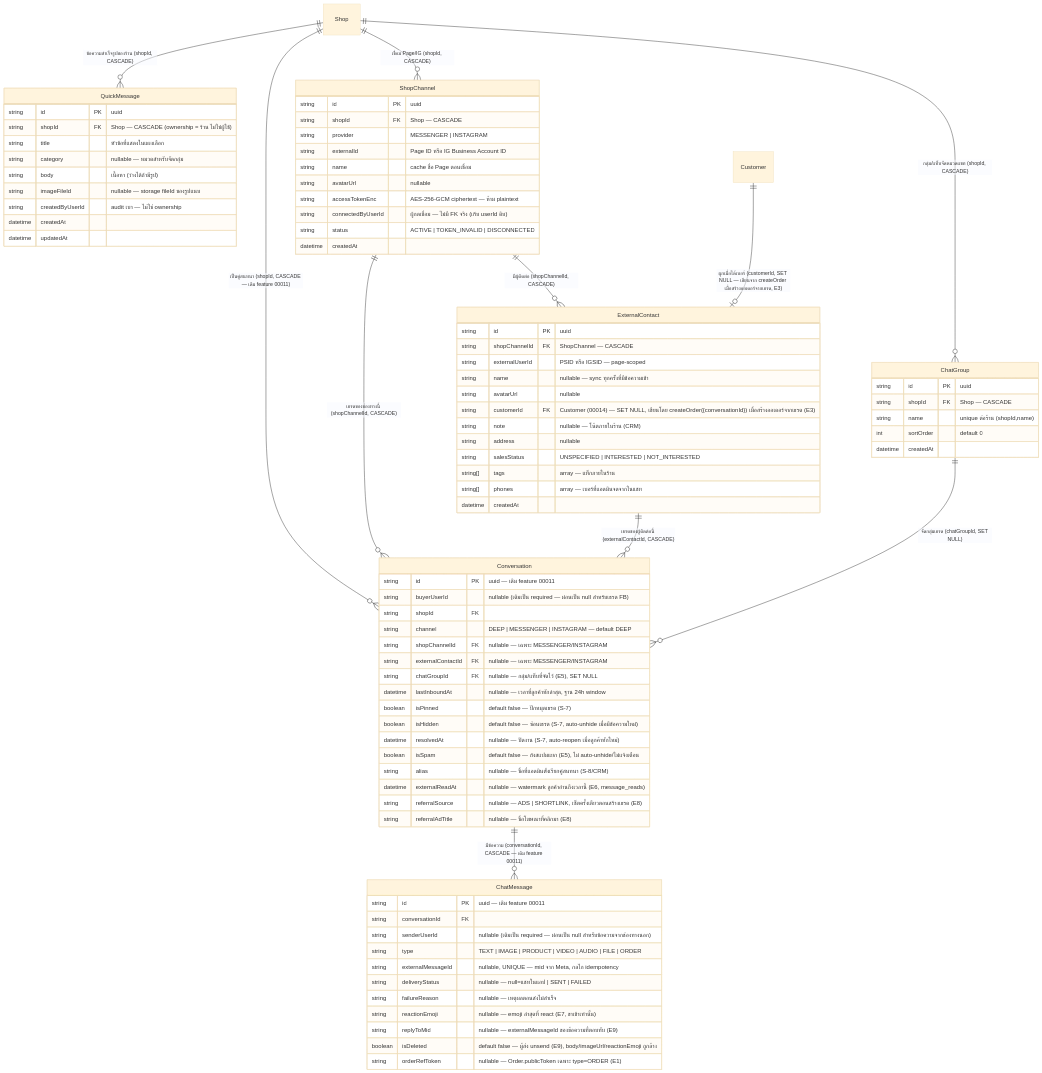
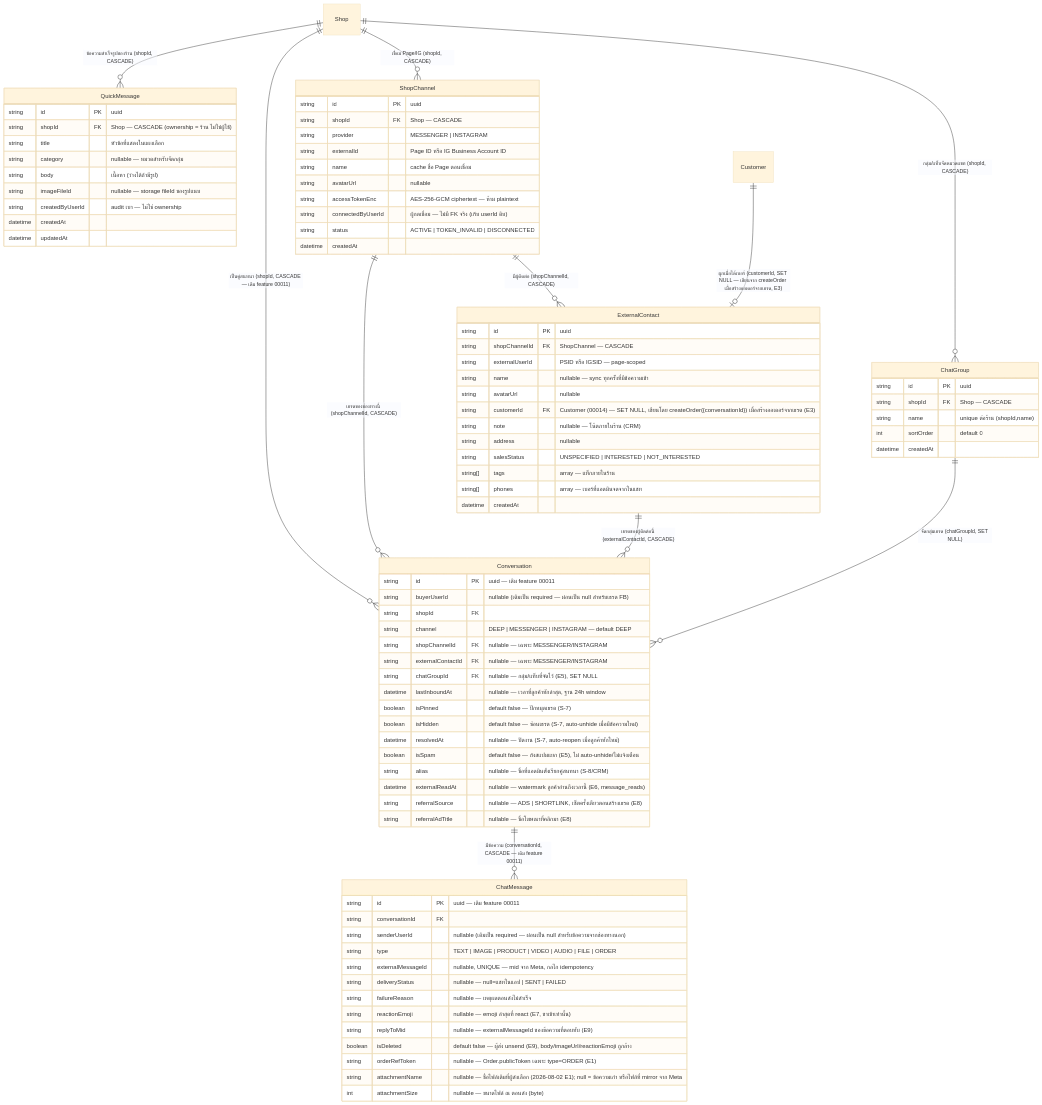
The diagram in docs/20 - Features/00018 - Facebook Chat Integration/DATABASE.md (CodeCooLTH/deep-web), drawn with Mermaid (base theme) before and after one commit. The commit also changed other lines of this file and 6 other files, not shown here.

````diff
--- a/docs/20 - Features/00018 - Facebook Chat Integration/DATABASE.md
+++ b/docs/20 - Features/00018 - Facebook Chat Integration/DATABASE.md
@@ -176,5 +177,7 @@
         string replyToMid "nullable — externalMessageId ของข้อความที่ตอบทับ (E9)"
         boolean isDeleted "default false — ผู้ส่ง unsend (E9), body/imageUrl/reactionEmoji ถูกล้าง"
         string orderRefToken "nullable — Order.publicToken เฉพาะ type=ORDER (E1)"
+        string attachmentName "nullable — ชื่อไฟล์เดิมที่ผู้ส่งเลือก (2026-08-02 E1); null = ข้อความเก่า หรือไฟล์ที่ mirror จาก Meta"
+        int attachmentSize "nullable — ขนาดไฟล์ ณ ตอนส่ง (byte)"
     }
 ```
````
